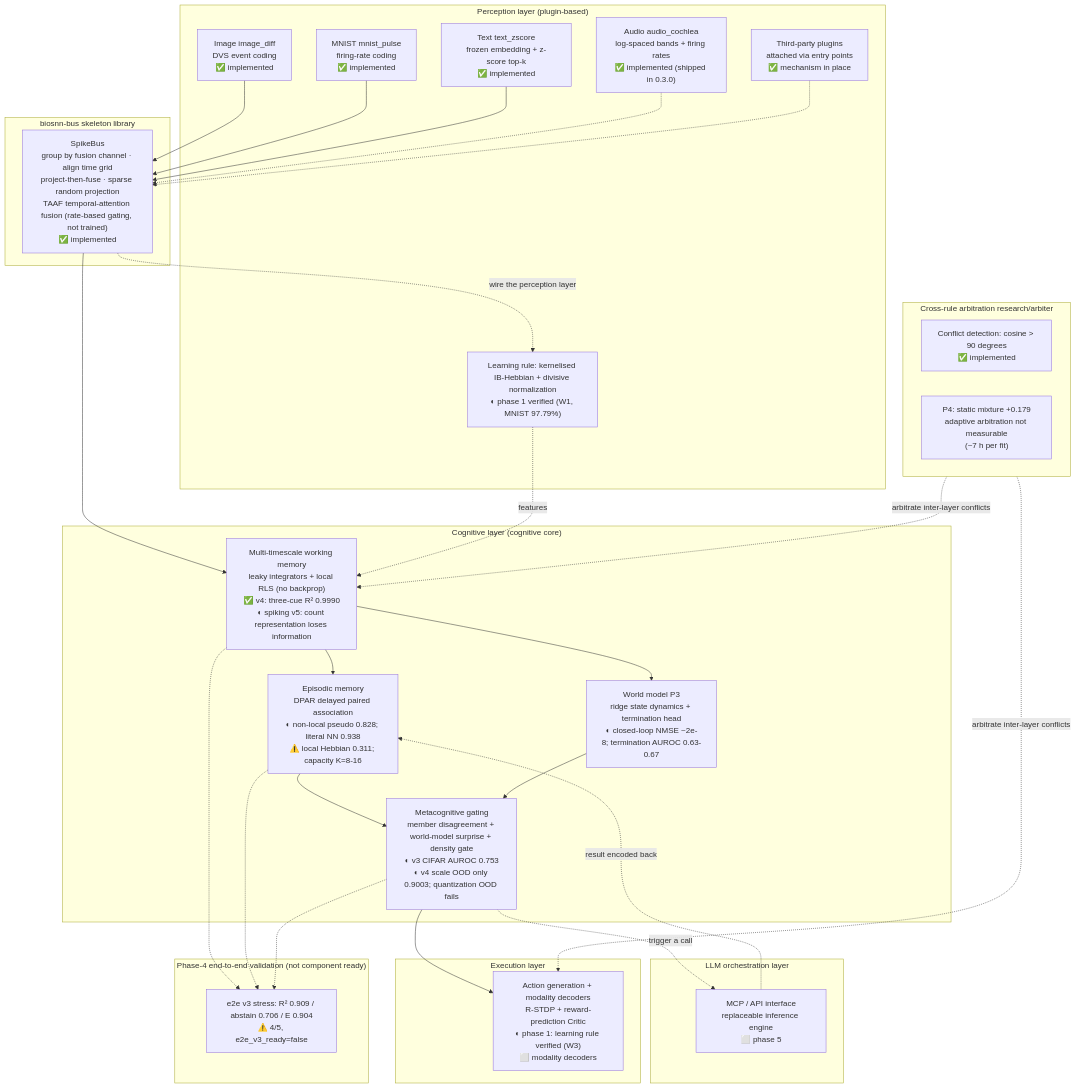
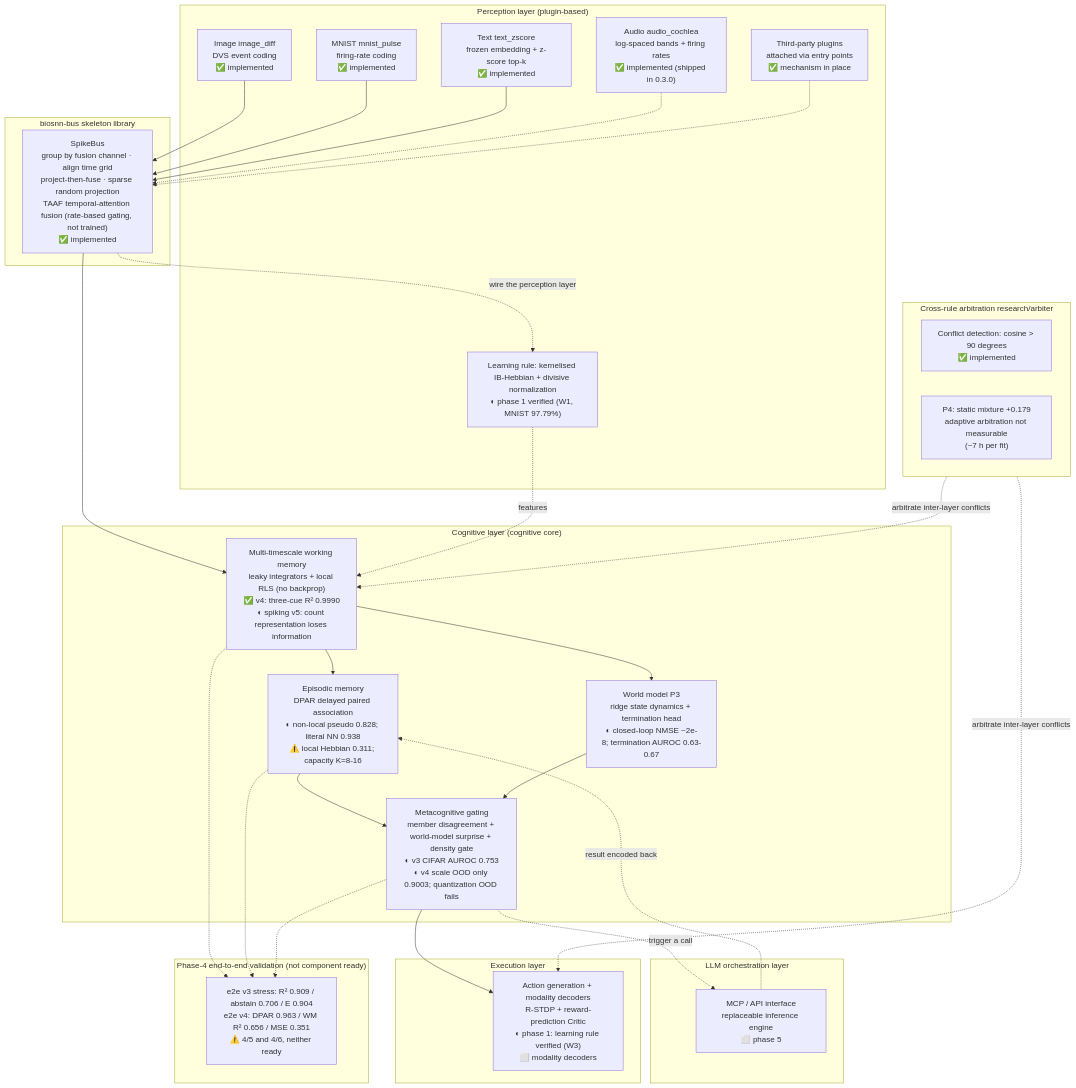
The diagram in README.en.md (lzmd-arch/BioSNN-Plug), drawn with Mermaid before and after one commit. The commit also changed other lines of this file and 8 other files, not shown here.

````diff
--- a/README.en.md
+++ b/README.en.md
@@ -148,60 +148,60 @@
 ```mermaid
 flowchart TB
     subgraph L5["LLM orchestration layer"]
         MCP["MCP / API interface<br/>replaceable inference engine<br/>⬜ phase 5"]
     end
 
     subgraph L4["Execution layer"]
         ACT["Action generation + modality decoders<br/>R-STDP + reward-prediction Critic<br/>◐ phase 1: learning rule verified (W3)<br/>⬜ modality decoders"]
     end
 
     subgraph L3["Cognitive layer (cognitive core)"]
         WM["Multi-timescale working memory<br/>leaky integrators + local RLS (no backprop)<br/>✅ v4: three-cue R² 0.9990<br/>◐ spiking v5: count representation loses information"]
         EM["Episodic memory<br/>DPAR delayed paired association<br/>◐ non-local pseudo 0.828; literal NN 0.938<br/>⚠️ local Hebbian 0.311; capacity K=8-16"]
         MG["Metacognitive gating<br/>member disagreement + world-model surprise + density gate<br/>◐ v3 CIFAR AUROC 0.753<br/>◐ v4 scale OOD only 0.9003; quantization OOD fails"]
         WMODEL["World model P3<br/>ridge state dynamics + termination head<br/>◐ closed-loop NMSE ~2e-8; termination AUROC 0.63-0.67"]
     end
 
     subgraph ARB["Cross-rule arbitration research/arbiter"]
         CF["Conflict detection: cosine > 90 degrees<br/>✅ implemented"]
         ES["P4: static mixture +0.179<br/>adaptive arbitration not measurable<br/>(~7 h per fit)"]
     end
 
     subgraph L2["biosnn-bus skeleton library"]
         BUS["SpikeBus<br/>group by fusion channel · align time grid<br/>project-then-fuse · sparse random projection<br/>TAAF temporal-attention fusion (rate-based gating, not trained)<br/>✅ implemented"]
     end
 
     subgraph L1["Perception layer (plugin-based)"]
         IMG["Image image_diff<br/>DVS event coding<br/>✅ implemented"]
         MN["MNIST mnist_pulse<br/>firing-rate coding<br/>✅ implemented"]
         TXT["Text text_zscore<br/>frozen embedding + z-score top-k<br/>✅ implemented"]
         AUD["Audio audio_cochlea<br/>log-spaced bands + firing rates<br/>✅ implemented (shipped in 0.3.0)"]
         THIRD["Third-party plugins<br/>attached via entry points<br/>✅ mechanism in place"]
         HEB["Learning rule: kernelised IB-Hebbian + divisive normalization<br/>◐ phase 1 verified (W1, MNIST 97.79%)"]
     end
 
     IMG --> BUS
     MN --> BUS
     TXT --> BUS
     AUD -.-> BUS
     THIRD -.-> BUS
     BUS --> WM
     BUS -.->|wire the perception layer| HEB
     HEB -.->|features| WM
     WM --> EM
     WM --> WMODEL
     EM --> MG
     WMODEL --> MG
     MG --> ACT
     MG -.->|trigger a call| MCP
     MCP -.->|result encoded back| EM
     ARB -.->|arbitrate inter-layer conflicts| WM
     ARB -.->|arbitrate inter-layer conflicts| ACT
 
     subgraph S4["Phase-4 end-to-end validation (not component ready)"]
-        E2E["e2e v3 stress: R² 0.909 / abstain 0.706 / E 0.904<br/>⚠️ 4/5, e2e_v3_ready=false"]
+        E2E["e2e v3 stress: R² 0.909 / abstain 0.706 / E 0.904<br/>e2e v4: DPAR 0.963 / WM R² 0.656 / MSE 0.351<br/>⚠️ 4/5 and 4/6, neither ready"]
     end
     WM -.-> E2E
     EM -.-> E2E
     MG -.-> E2E
 ```
````
